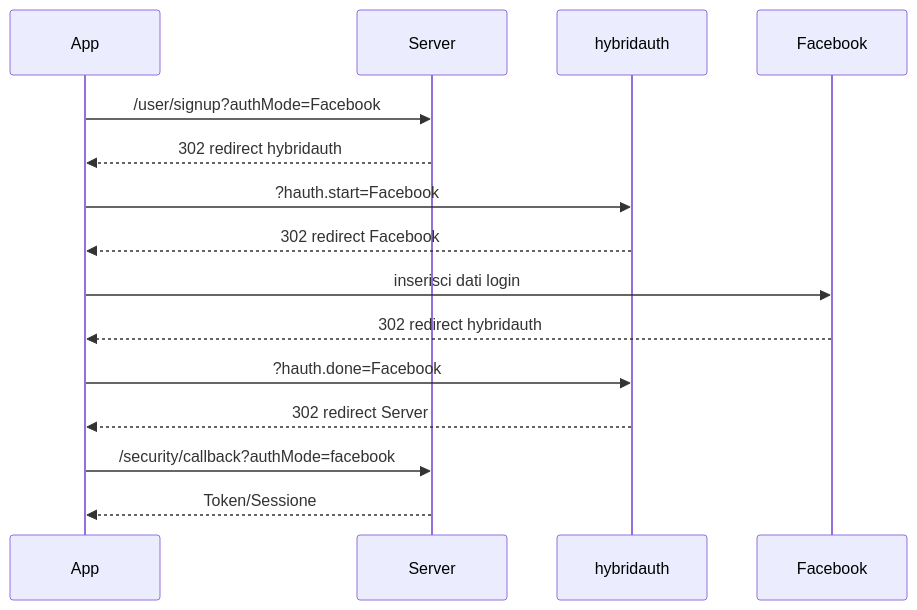
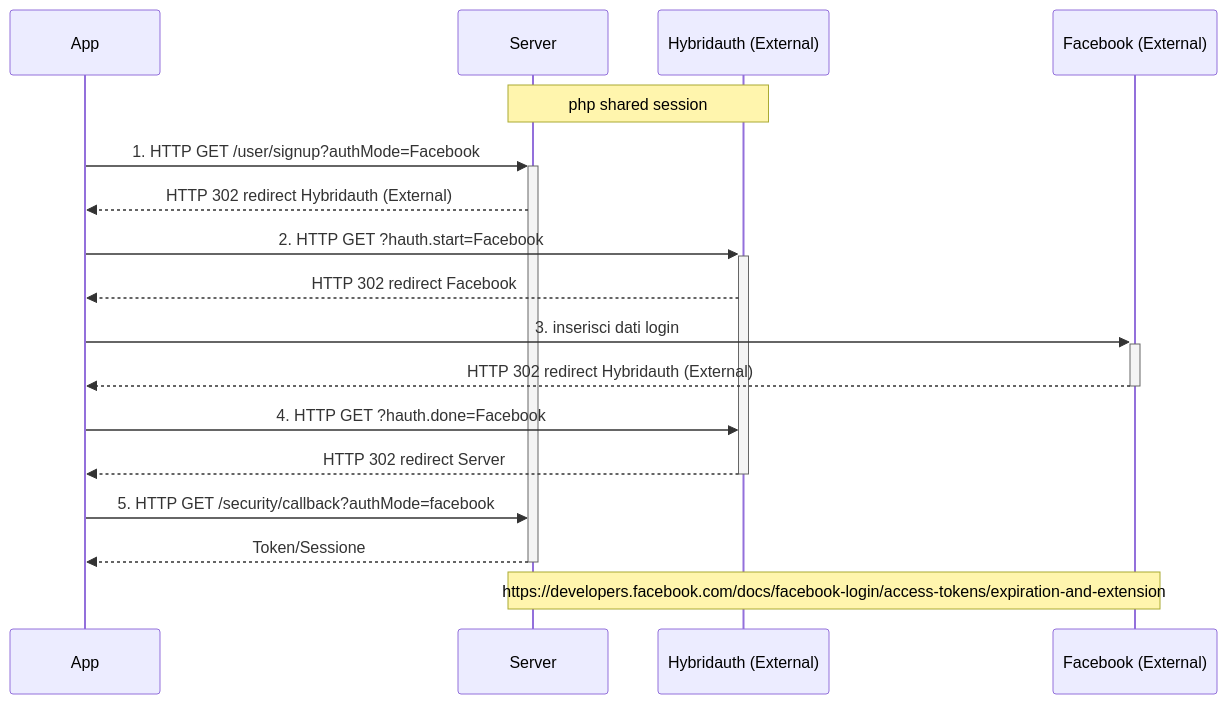
The diagram in api/documentation/login.mmd (BitPrepared/d1b0), drawn with Mermaid before and after one commit. The commit also changed 8 other files, not shown here.

Commit message:
update api update login sequence diagram

```diff
--- a/api/documentation/login.mmd
+++ b/api/documentation/login.mmd
@@ -1,16 +1,18 @@
 %% Diagramma di sequenza
 sequenceDiagram
     participant App
     participant Server
-    participant hybridauth
-    participant Facebook
-    App->>Server: /user/signup?authMode=Facebook
-    Server-->>App: 302 redirect hybridauth
-    App->>hybridauth: ?hauth.start=Facebook
-    hybridauth-->>App: 302 redirect Facebook
-    App->>Facebook: inserisci dati login
-    Facebook-->>App: 302 redirect hybridauth
-    App->>hybridauth: ?hauth.done=Facebook
-    hybridauth-->>App: 302 redirect Server
-    App->>Server: /security/callback?authMode=facebook
-    Server-->>App: Token/Sessione
+    participant Hybridauth (External)
+    participant Facebook (External)
+    Note over Server,Hybridauth (External): php shared session
+    App->>+Server: 1. HTTP GET /user/signup?authMode=Facebook
+    Server-->>App: HTTP 302 redirect Hybridauth (External)
+    App->>+Hybridauth (External): 2. HTTP GET ?hauth.start=Facebook
+    Hybridauth (External)-->>App: HTTP 302 redirect Facebook
+    App->>+Facebook (External): 3. inserisci dati login
+    Facebook (External)-->>-App: HTTP 302 redirect Hybridauth (External)
+    App->>Hybridauth (External): 4. HTTP GET ?hauth.done=Facebook
+    Hybridauth (External)-->>-App: HTTP 302 redirect Server
+    App->>Server: 5. HTTP GET /security/callback?authMode=facebook
+    Server-->>-App: Token/Sessione
+    Note over Server,Facebook (External): https://developers.facebook.com/docs/facebook-login/access-tokens/expiration-and-extension
```
